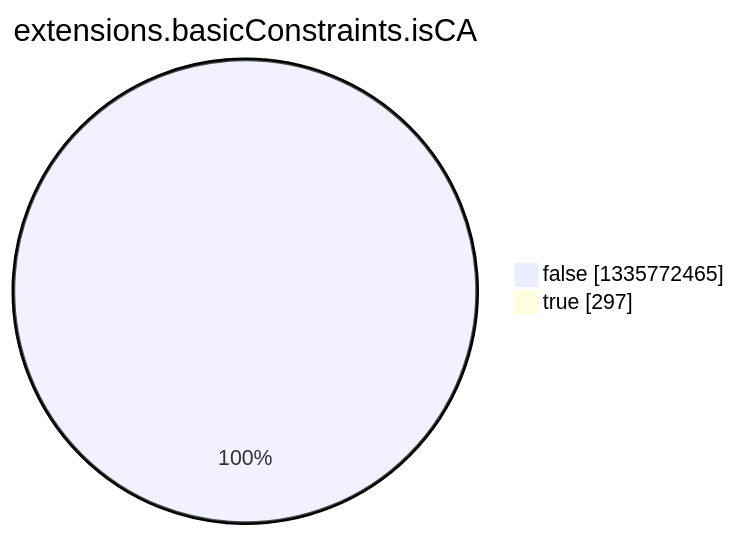
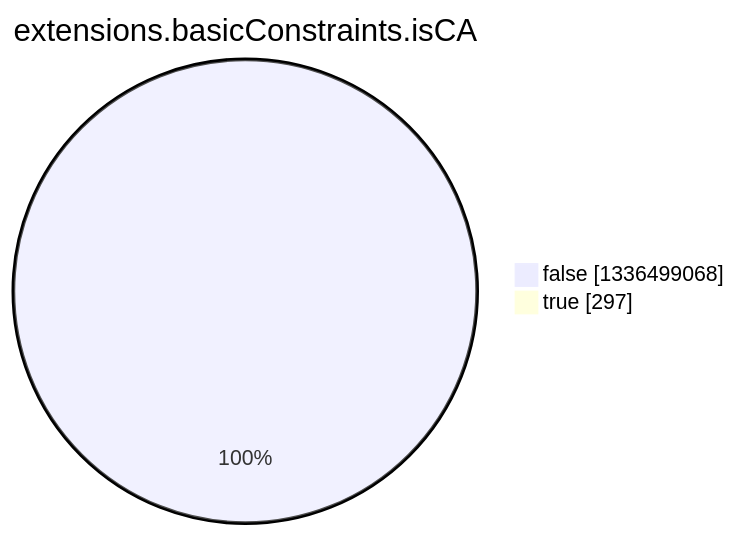
The eighth of 15 diagrams in argon2022/README.md (christiankrug/ctmonitor_visualization), drawn with Mermaid before and after one commit. The commit also changed other lines of this file, not shown here.

````diff
--- a/argon2022/README.md
+++ b/argon2022/README.md
@@ -2758,6 +2758,6 @@
 ```mermaid
 pie showData
 title extensions.basicConstraints.isCA
-"false" :1335772465
+"false" :1336499068
 "true" :297
 ```
````
